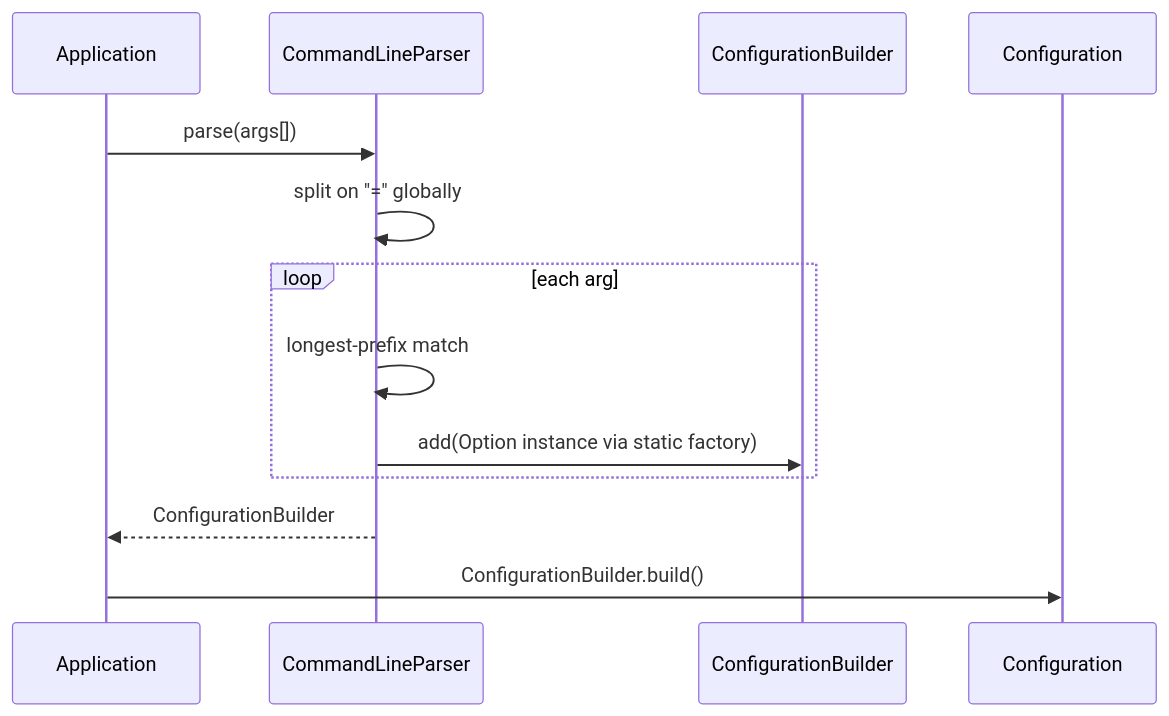
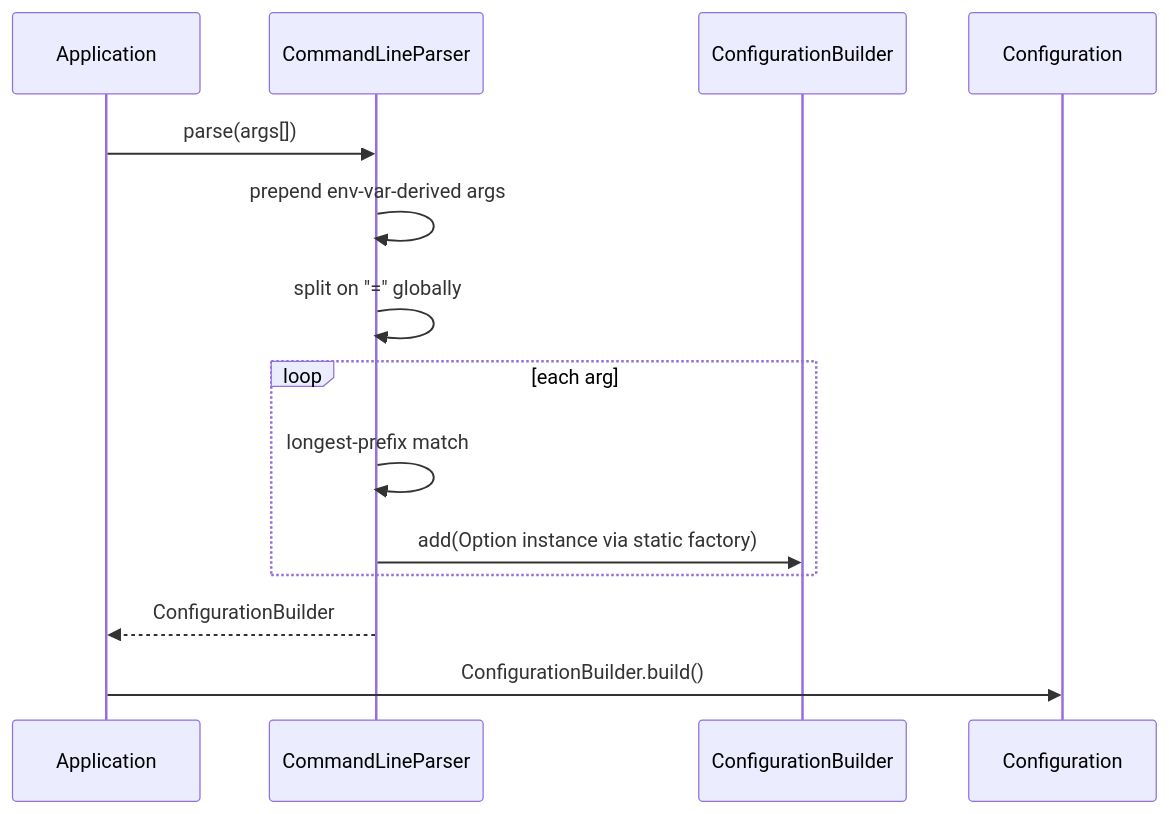
The third of 5 diagrams in docs/CODEBASE_MAP.md (Workday/base.build), drawn with Mermaid before and after one commit. The commit also changed other lines of this file and 1 other file, not shown here.

````diff
--- a/docs/CODEBASE_MAP.md
+++ b/docs/CODEBASE_MAP.md
@@ -577,16 +782,17 @@
 ```mermaid
 sequenceDiagram
     participant App as Application
     participant P as CommandLineParser
     participant CB as ConfigurationBuilder
     participant CFG as Configuration
 
     App->>P: parse(args[])
+    P->>P: prepend env-var-derived args
     P->>P: split on "=" globally
     loop each arg
         P->>P: longest-prefix match
         P->>CB: add(Option instance via static factory)
     end
     P-->>App: ConfigurationBuilder
     App->>CFG: ConfigurationBuilder.build()
 ```
````
